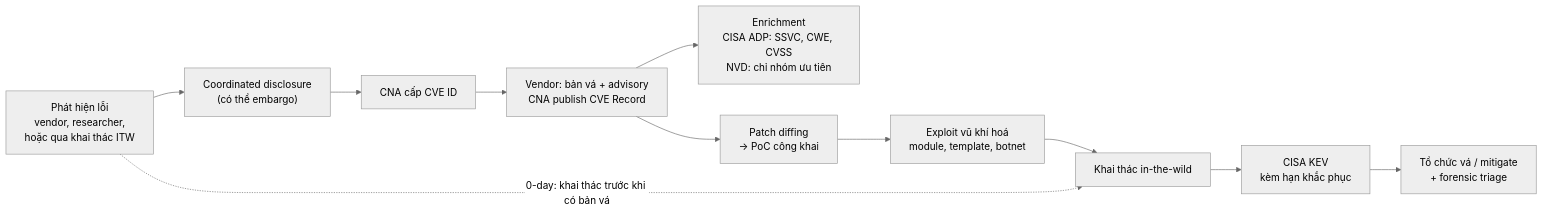
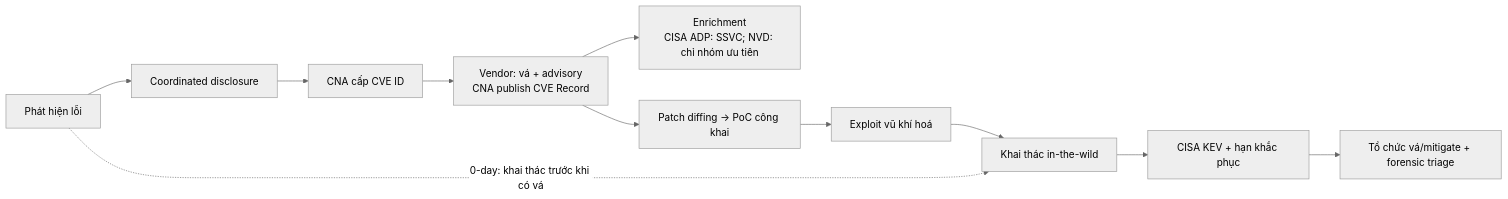
One commit to catncockroach/knowledge changed the diagram in research/2026-10-27-agentic-phan-ung-nhanh-cve/report.md. Above: the diagram before and after it, drawn with Mermaid (neutral theme). The commit also changed other lines of this file, not shown here.

First line of the commit message:
cve response research: rewrite report around sandbox pipeline

````diff
--- a/research/2026-10-27-agentic-phan-ung-nhanh-cve/report.md
+++ b/research/2026-10-27-agentic-phan-ung-nhanh-cve/report.md
@@ -32,13 +184,13 @@
 ```mermaid
 flowchart LR
-  A["Phát hiện lỗi<br/>vendor, researcher,<br/>hoặc qua khai thác ITW"] --> B["Coordinated disclosure<br/>(có thể embargo)"]
+  A["Phát hiện lỗi"] --> B["Coordinated disclosure"]
   B --> C["CNA cấp CVE ID"]
-  C --> D["Vendor: bản vá + advisory<br/>CNA publish CVE Record"]
-  D --> E["Enrichment<br/>CISA ADP: SSVC, CWE, CVSS<br/>NVD: chỉ nhóm ưu tiên"]
-  D --> F["Patch diffing<br/>→ PoC công khai"]
-  F --> G["Exploit vũ khí hoá<br/>module, template, botnet"]
+  C --> D["Vendor: vá + advisory<br/>CNA publish CVE Record"]
+  D --> E["Enrichment<br/>CISA ADP: SSVC; NVD: chỉ nhóm ưu tiên"]
+  D --> F["Patch diffing → PoC công khai"]
+  F --> G["Exploit vũ khí hoá"]
   G --> H["Khai thác in-the-wild"]
-  H --> I["CISA KEV<br/>kèm hạn khắc phục"]
-  I --> J["Tổ chức vá / mitigate<br/>+ forensic triage"]
-  A -. "0-day: khai thác trước khi có bản vá" .-> H
+  H --> I["CISA KEV + hạn khắc phục"]
+  I --> J["Tổ chức vá/mitigate + forensic triage"]
+  A -. "0-day: khai thác trước khi có vá" .-> H
 ```
````
